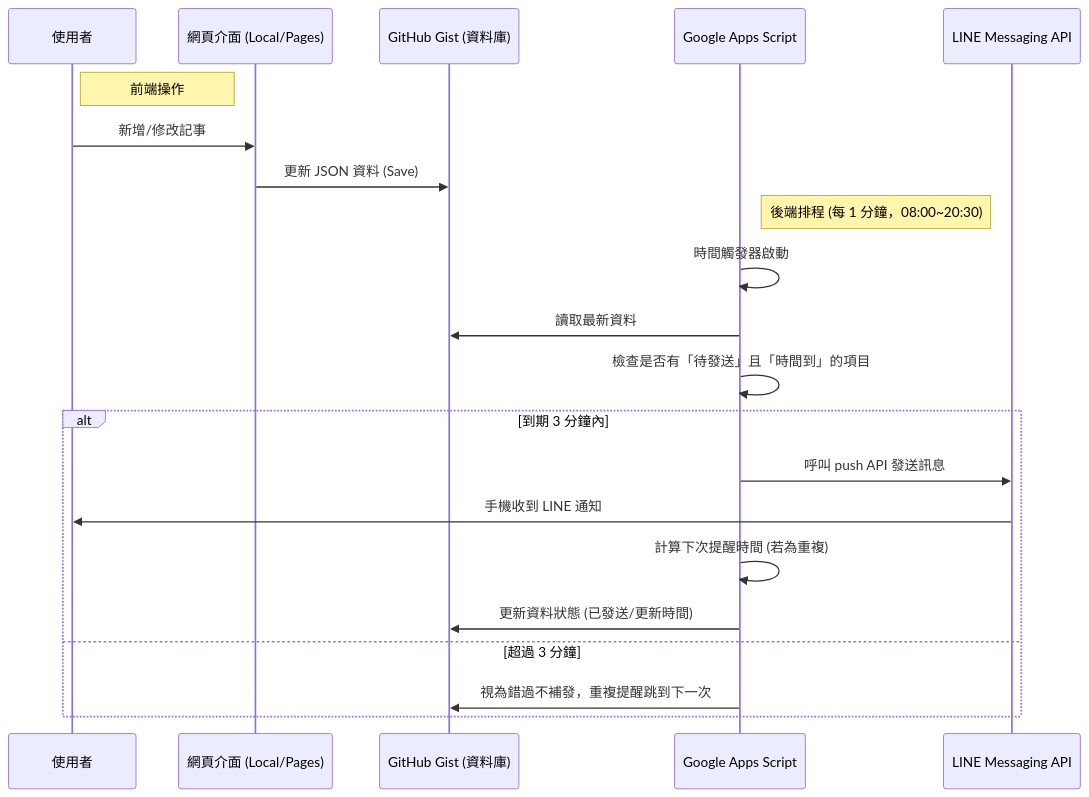
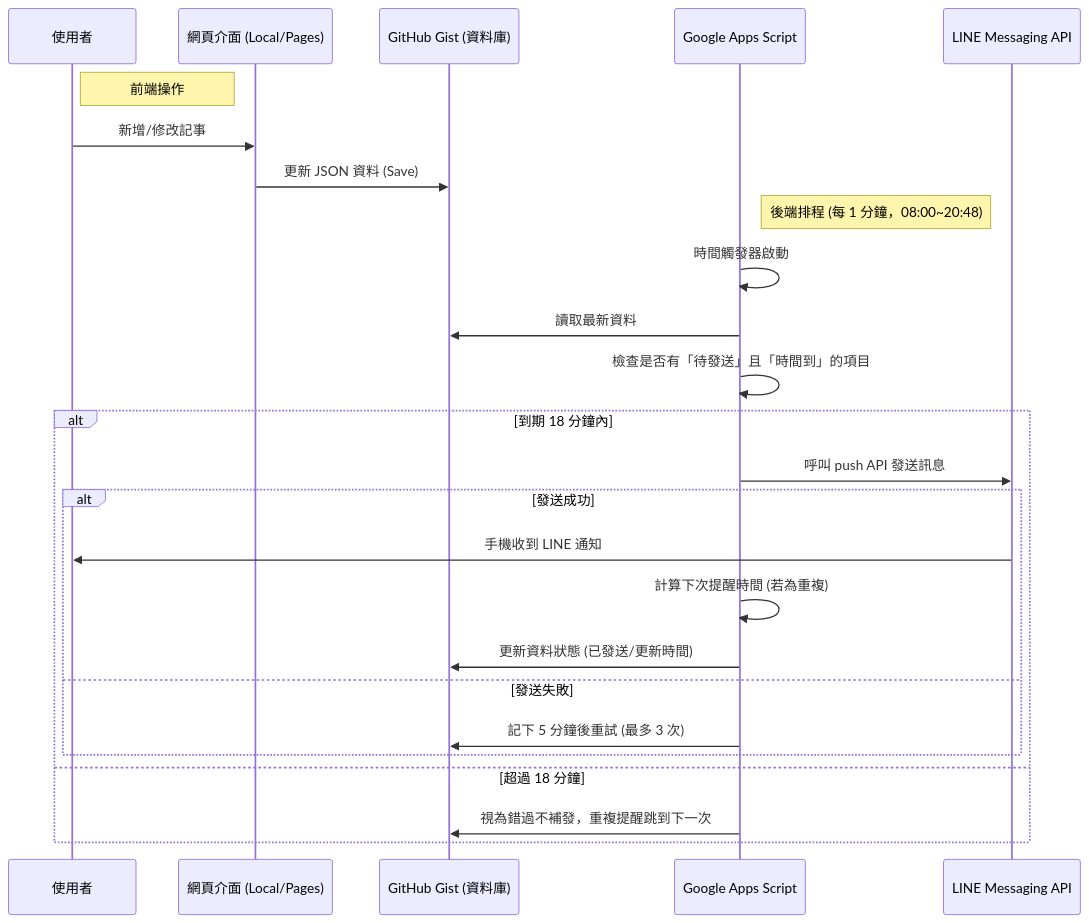
The diagram in README.md (Joy0130/LineNotify), drawn with Mermaid before and after one commit. The commit also changed other lines of this file and 2 other files, not shown here.

Commit message:
fix: 延長補發時間並增加發送失敗重試機制

````diff
--- a/README.md
+++ b/README.md
@@ -90,26 +90,30 @@
 ```mermaid
 sequenceDiagram
     participant User as 使用者
     participant Web as 網頁介面 (Local/Pages)
     participant Gist as GitHub Gist (資料庫)
     participant GAS as Google Apps Script
     participant LINE as LINE Messaging API
 
     Note left of Web: 前端操作
     User->>Web: 新增/修改記事
     Web->>Gist: 更新 JSON 資料 (Save)
 
-    Note right of GAS: 後端排程 (每 1 分鐘，08:00~20:30)
+    Note right of GAS: 後端排程 (每 1 分鐘，08:00~20:48)
     GAS->>GAS: 時間觸發器啟動
     GAS->>Gist: 讀取最新資料
     GAS->>GAS: 檢查是否有「待發送」且「時間到」的項目
 
-    alt 到期 3 分鐘內
+    alt 到期 18 分鐘內
         GAS->>LINE: 呼叫 push API 發送訊息
-        LINE->>User: 手機收到 LINE 通知
-        GAS->>GAS: 計算下次提醒時間 (若為重複)
-        GAS->>Gist: 更新資料狀態 (已發送/更新時間)
-    else 超過 3 分鐘
+        alt 發送成功
+            LINE->>User: 手機收到 LINE 通知
+            GAS->>GAS: 計算下次提醒時間 (若為重複)
+            GAS->>Gist: 更新資料狀態 (已發送/更新時間)
+        else 發送失敗
+            GAS->>Gist: 記下 5 分鐘後重試 (最多 3 次)
+        end
+    else 超過 18 分鐘
         GAS->>Gist: 視為錯過不補發，重複提醒跳到下一次
     end
 ```
````
